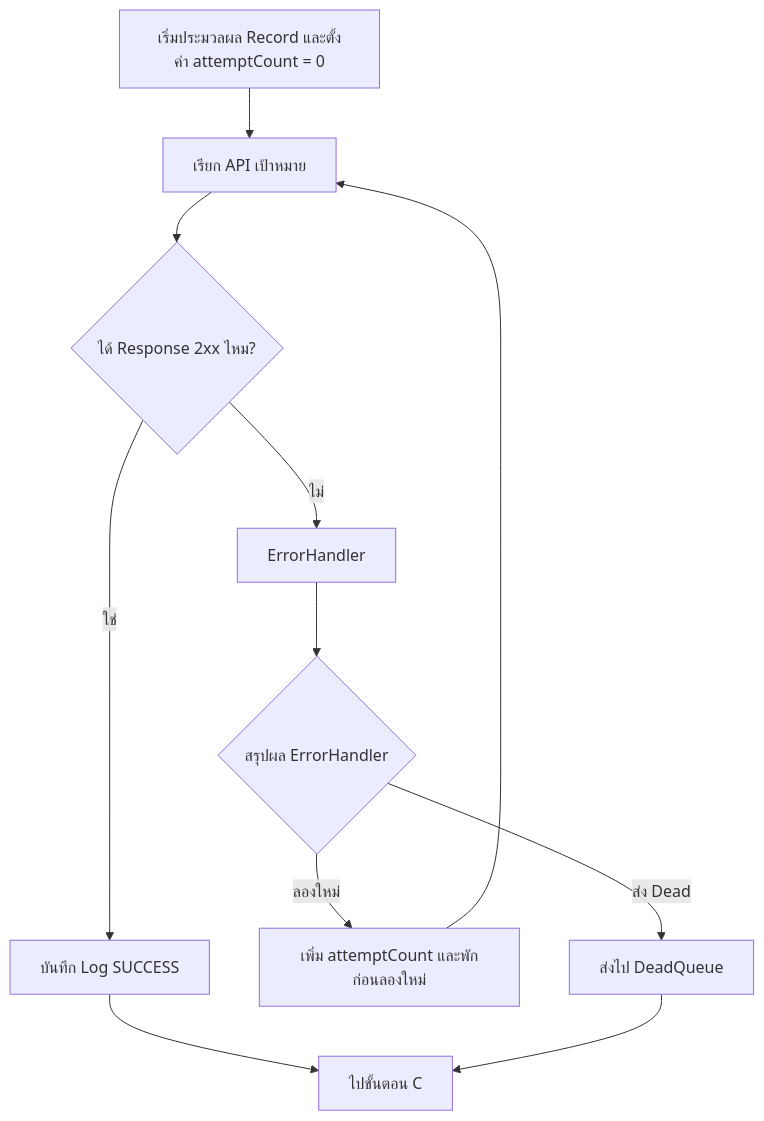
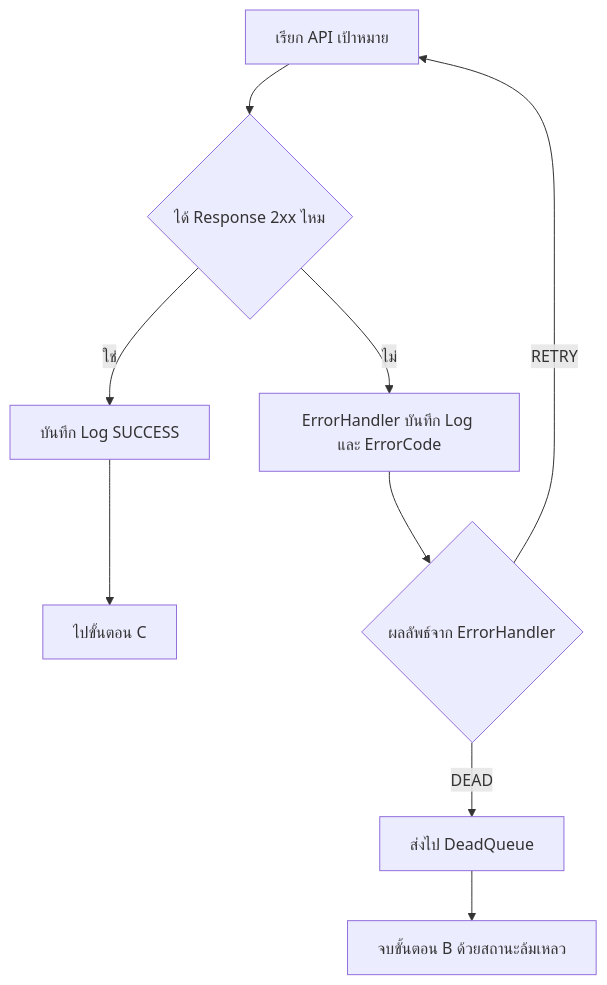
Before and after one commit to MethapornANT/FlowEngine: the diagram in ทำใหม่ V2/B_GetCSC.mmd, drawn with Mermaid. The commit also changed 21 other files, not shown here.

```diff
--- a/ทำใหม่ V2/B_GetCSC.mmd
+++ b/ทำใหม่ V2/B_GetCSC.mmd
@@ -1,16 +1,15 @@
 graph TD
-A[เริ่มประมวลผล Record และตั้งค่า attemptCount = 0] --> B[เรียก API เป้าหมาย]
-B --> C{ได้ Response 2xx ไหม?}
+B[เรียก API เป้าหมาย] --> C{ได้ Response 2xx ไหม}
 
 C -- ใช่ --> F[บันทึก Log SUCCESS]
 F --> K[ไปขั้นตอน C]
 
-C -- ไม่ --> E[ErrorHandler]
+C -- ไม่ --> E[ErrorHandler บันทึก Log และ ErrorCode]
 
-E --> R{สรุปผล ErrorHandler}
+E --> R{ผลลัพธ์จาก ErrorHandler}
 
-R -- ลองใหม่ --> G[เพิ่ม attemptCount และพักก่อนลองใหม่]
-R -- ส่ง Dead --> H[ส่งไป DeadQueue]
+R -- RETRY --> B
+R -- DEAD --> H[ส่งไป DeadQueue]
 
-G --> B
-H --> K
+
+H --> B_End[จบขั้นตอน B ด้วยสถานะล้มเหลว]
```
